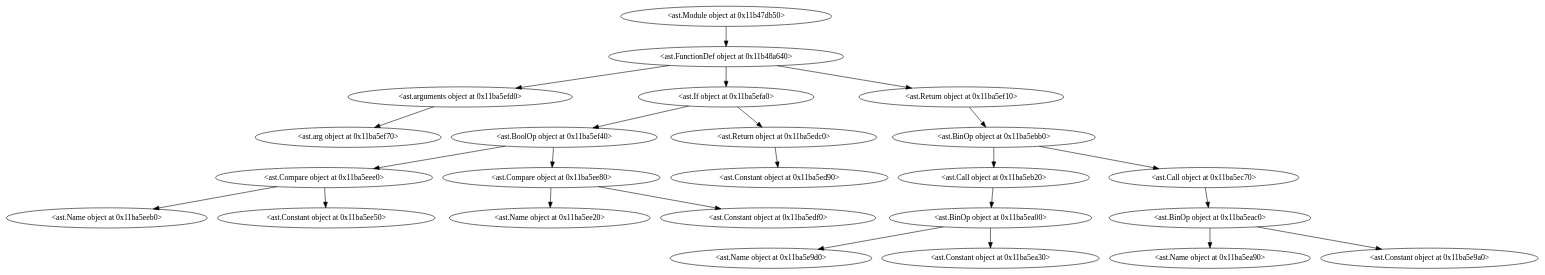
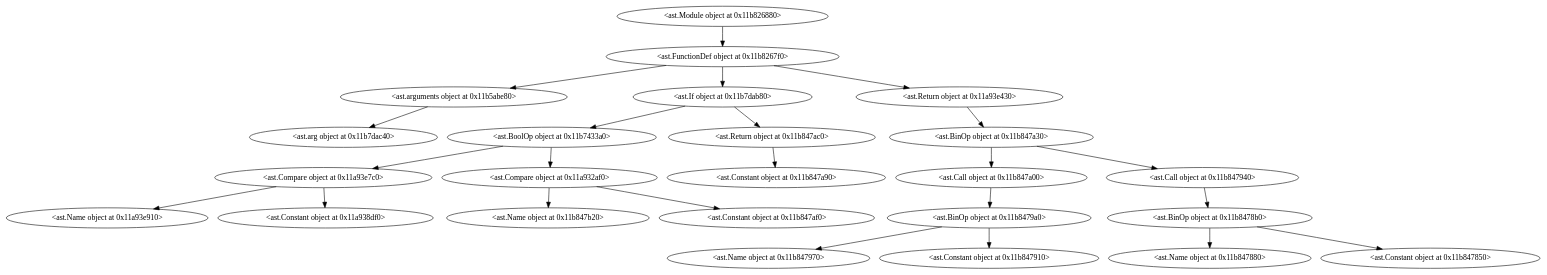
The diagram in test.dot (tretikoff/python_hw), drawn with Graphviz before and after one commit. The commit also changed 5 other files, not shown here.

```diff
--- a/test.dot
+++ b/test.dot
@@ -1,25 +1,25 @@
 strict digraph "" {
-	"<ast.Module object at 0x11b47db50>" -> "<ast.FunctionDef object at 0x11b48a640>";
-	"<ast.FunctionDef object at 0x11b48a640>" -> "<ast.arguments object at 0x11ba5efd0>";
-	"<ast.FunctionDef object at 0x11b48a640>" -> "<ast.If object at 0x11ba5efa0>";
-	"<ast.FunctionDef object at 0x11b48a640>" -> "<ast.Return object at 0x11ba5ef10>";
-	"<ast.arguments object at 0x11ba5efd0>" -> "<ast.arg object at 0x11ba5ef70>";
-	"<ast.If object at 0x11ba5efa0>" -> "<ast.BoolOp object at 0x11ba5ef40>";
-	"<ast.If object at 0x11ba5efa0>" -> "<ast.Return object at 0x11ba5edc0>";
-	"<ast.BoolOp object at 0x11ba5ef40>" -> "<ast.Compare object at 0x11ba5eee0>";
-	"<ast.BoolOp object at 0x11ba5ef40>" -> "<ast.Compare object at 0x11ba5ee80>";
-	"<ast.Compare object at 0x11ba5eee0>" -> "<ast.Name object at 0x11ba5eeb0>";
-	"<ast.Compare object at 0x11ba5eee0>" -> "<ast.Constant object at 0x11ba5ee50>";
-	"<ast.Compare object at 0x11ba5ee80>" -> "<ast.Name object at 0x11ba5ee20>";
-	"<ast.Compare object at 0x11ba5ee80>" -> "<ast.Constant object at 0x11ba5edf0>";
-	"<ast.Return object at 0x11ba5edc0>" -> "<ast.Constant object at 0x11ba5ed90>";
-	"<ast.Return object at 0x11ba5ef10>" -> "<ast.BinOp object at 0x11ba5ebb0>";
-	"<ast.BinOp object at 0x11ba5ebb0>" -> "<ast.Call object at 0x11ba5eb20>";
-	"<ast.BinOp object at 0x11ba5ebb0>" -> "<ast.Call object at 0x11ba5ec70>";
-	"<ast.Call object at 0x11ba5eb20>" -> "<ast.BinOp object at 0x11ba5ea00>";
-	"<ast.BinOp object at 0x11ba5ea00>" -> "<ast.Name object at 0x11ba5e9d0>";
-	"<ast.BinOp object at 0x11ba5ea00>" -> "<ast.Constant object at 0x11ba5ea30>";
-	"<ast.Call object at 0x11ba5ec70>" -> "<ast.BinOp object at 0x11ba5eac0>";
-	"<ast.BinOp object at 0x11ba5eac0>" -> "<ast.Name object at 0x11ba5ea90>";
-	"<ast.BinOp object at 0x11ba5eac0>" -> "<ast.Constant object at 0x11ba5e9a0>";
+	"<ast.Module object at 0x11b826880>" -> "<ast.FunctionDef object at 0x11b8267f0>";
+	"<ast.FunctionDef object at 0x11b8267f0>" -> "<ast.arguments object at 0x11b5abe80>";
+	"<ast.FunctionDef object at 0x11b8267f0>" -> "<ast.If object at 0x11b7dab80>";
+	"<ast.FunctionDef object at 0x11b8267f0>" -> "<ast.Return object at 0x11a93e430>";
+	"<ast.arguments object at 0x11b5abe80>" -> "<ast.arg object at 0x11b7dac40>";
+	"<ast.If object at 0x11b7dab80>" -> "<ast.BoolOp object at 0x11b7433a0>";
+	"<ast.If object at 0x11b7dab80>" -> "<ast.Return object at 0x11b847ac0>";
+	"<ast.BoolOp object at 0x11b7433a0>" -> "<ast.Compare object at 0x11a93e7c0>";
+	"<ast.BoolOp object at 0x11b7433a0>" -> "<ast.Compare object at 0x11a932af0>";
+	"<ast.Compare object at 0x11a93e7c0>" -> "<ast.Name object at 0x11a93e910>";
+	"<ast.Compare object at 0x11a93e7c0>" -> "<ast.Constant object at 0x11a938df0>";
+	"<ast.Compare object at 0x11a932af0>" -> "<ast.Name object at 0x11b847b20>";
+	"<ast.Compare object at 0x11a932af0>" -> "<ast.Constant object at 0x11b847af0>";
+	"<ast.Return object at 0x11b847ac0>" -> "<ast.Constant object at 0x11b847a90>";
+	"<ast.Return object at 0x11a93e430>" -> "<ast.BinOp object at 0x11b847a30>";
+	"<ast.BinOp object at 0x11b847a30>" -> "<ast.Call object at 0x11b847a00>";
+	"<ast.BinOp object at 0x11b847a30>" -> "<ast.Call object at 0x11b847940>";
+	"<ast.Call object at 0x11b847a00>" -> "<ast.BinOp object at 0x11b8479a0>";
+	"<ast.BinOp object at 0x11b8479a0>" -> "<ast.Name object at 0x11b847970>";
+	"<ast.BinOp object at 0x11b8479a0>" -> "<ast.Constant object at 0x11b847910>";
+	"<ast.Call object at 0x11b847940>" -> "<ast.BinOp object at 0x11b8478b0>";
+	"<ast.BinOp object at 0x11b8478b0>" -> "<ast.Name object at 0x11b847880>";
+	"<ast.BinOp object at 0x11b8478b0>" -> "<ast.Constant object at 0x11b847850>";
 }
```
